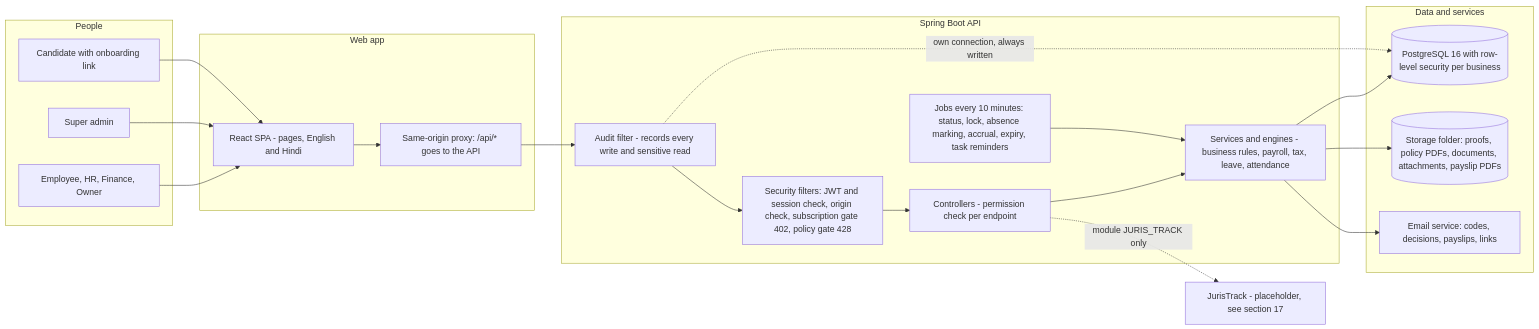
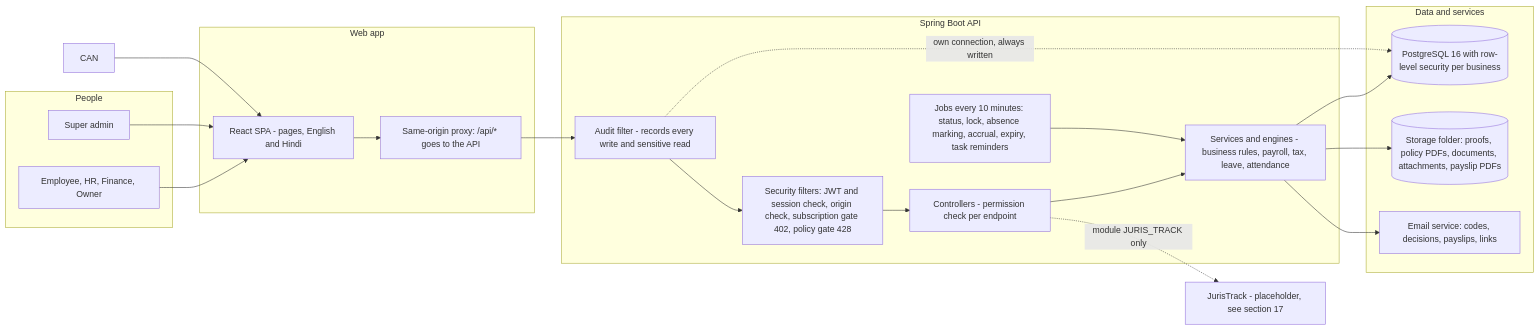
Before and after one commit to amitjurislpo/Juris-one: the first of 23 diagrams in references/FLOW-JurisOne.md, drawn with Mermaid. The commit also changed other lines of this file and 62 other files, not shown here.

````diff
--- a/references/FLOW-JurisOne.md
+++ b/references/FLOW-JurisOne.md
@@ -18,39 +20,38 @@
 ```mermaid
 flowchart LR
     subgraph Users["People"]
         EMP["Employee, HR, Finance, Owner"]
         SUP["Super admin"]
-        CAN["Candidate with onboarding link"]
     end
     subgraph Web["Web app"]
         SPA["React SPA - pages, English and Hindi"]
         PROXY["Same-origin proxy: /api/* goes to the API"]
     end
     subgraph Api["Spring Boot API"]
         AUD["Audit filter - records every write and sensitive read"]
         SEC["Security filters: JWT and session check, origin check, subscription gate 402, policy gate 428"]
         CTL["Controllers - permission check per endpoint"]
         SVC["Services and engines - business rules, payroll, tax, leave, attendance"]
         JOBS["Jobs every 10 minutes: status, lock, absence marking, accrual, expiry, task reminders"]
     end
     subgraph Data["Data and services"]
         PG[("PostgreSQL 16 with row-level security per business")]
         FILES[("Storage folder: proofs, policy PDFs, documents, attachments, payslip PDFs")]
         MAIL["Email service: codes, decisions, payslips, links"]
     end
     EMP --> SPA
     SUP --> SPA
     CAN --> SPA
     SPA --> PROXY
     PROXY --> AUD
     AUD --> SEC
     SEC --> CTL
     CTL --> SVC
     SVC --> PG
     SVC --> FILES
     SVC --> MAIL
     JOBS --> SVC
     AUD -. "own connection, always written" .-> PG
     JT["JurisTrack - placeholder, see section 17"]
     CTL -. "module JURIS_TRACK only" .-> JT
 ```
````
